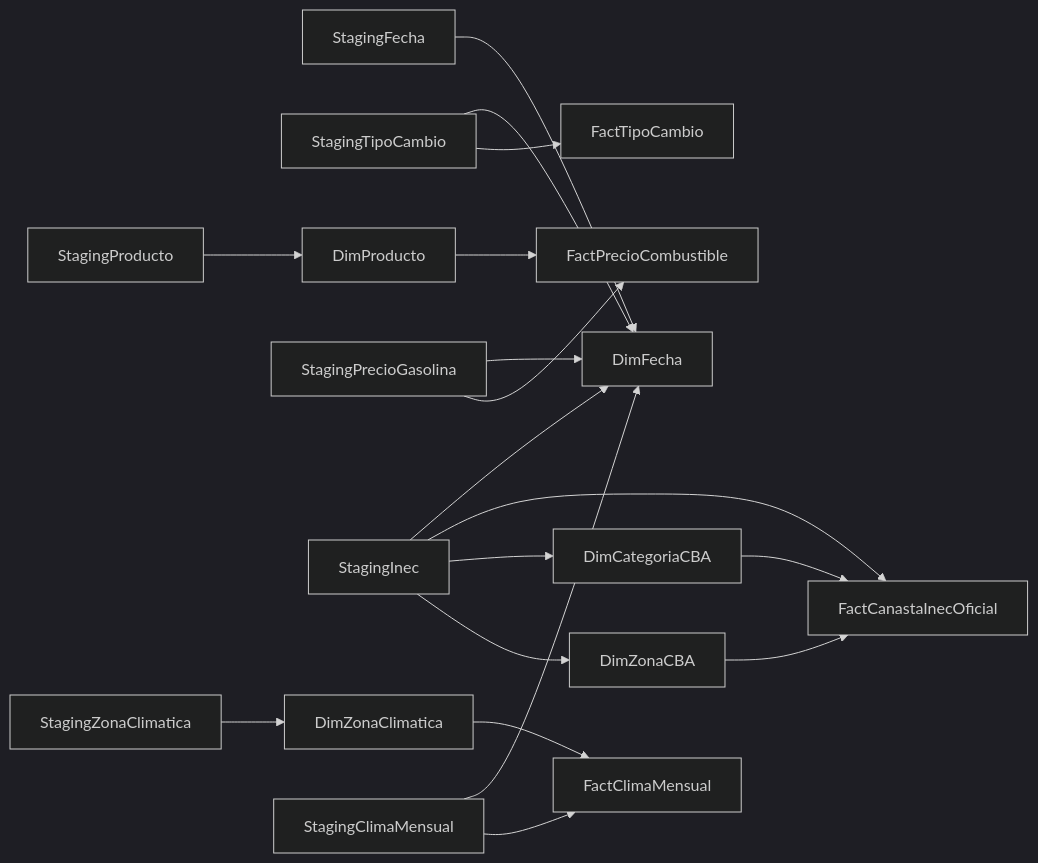
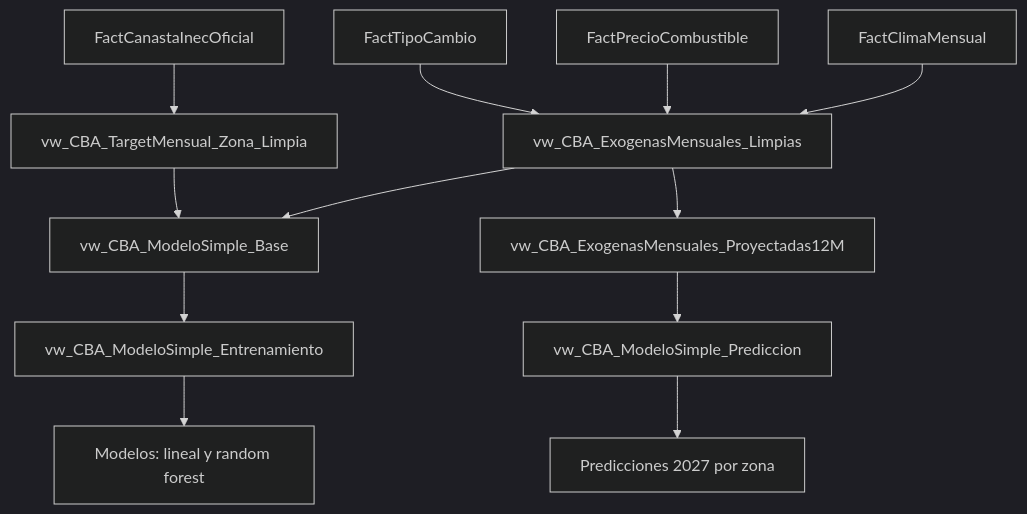
The second of 2 diagrams in README.md (DesmondBermudez/Proyecto-AlmacenesDatos), drawn with Mermaid (dark theme) before and after one commit. The commit also changed other lines of this file and 20 other files, not shown here.

First line of the commit message:
feat/modelo-cba predictivo con vistas limpias, comparacion contra xlsx y pipeline dual

````diff
--- a/README.md
+++ b/README.md
@@ -150,24 +186,14 @@
 ```mermaid
-flowchart LR
-    A["StagingFecha"] --> B["DimFecha"]
-
-    C["StagingTipoCambio"] --> D["FactTipoCambio"]
-    C --> B
-
-    E["StagingProducto"] --> F["DimProducto"]
-    G["StagingPrecioGasolina"] --> H["FactPrecioCombustible"]
-    G --> B
-    F --> H
-
-    I["StagingInec"] --> J["DimZonaCBA"]
-    I --> K["DimCategoriaCBA"]
-    I --> L["FactCanastaInecOficial"]
-    I --> B
-    J --> L
-    K --> L
-
-    M["StagingZonaClimatica"] --> N["DimZonaClimatica"]
-    O["StagingClimaMensual"] --> P["FactClimaMensual"]
-    O --> B
-    N --> P
+flowchart TB
+    A["FactCanastaInecOficial"] --> V1["vw_CBA_TargetMensual_Zona_Limpia"]
+    B["FactTipoCambio"] --> V2["vw_CBA_ExogenasMensuales_Limpias"]
+    C["FactPrecioCombustible"] --> V2
+    D["FactClimaMensual"] --> V2
+    V1 --> V3["vw_CBA_ModeloSimple_Base"]
+    V2 --> V3
+    V3 --> V4["vw_CBA_ModeloSimple_Entrenamiento"]
+    V2 --> V5["vw_CBA_ExogenasMensuales_Proyectadas12M"]
+    V5 --> V6["vw_CBA_ModeloSimple_Prediccion"]
+    V4 --> M["Modelos: lineal y random forest"]
+    V6 --> P["Predicciones 2027 por zona"]
 ```
````
